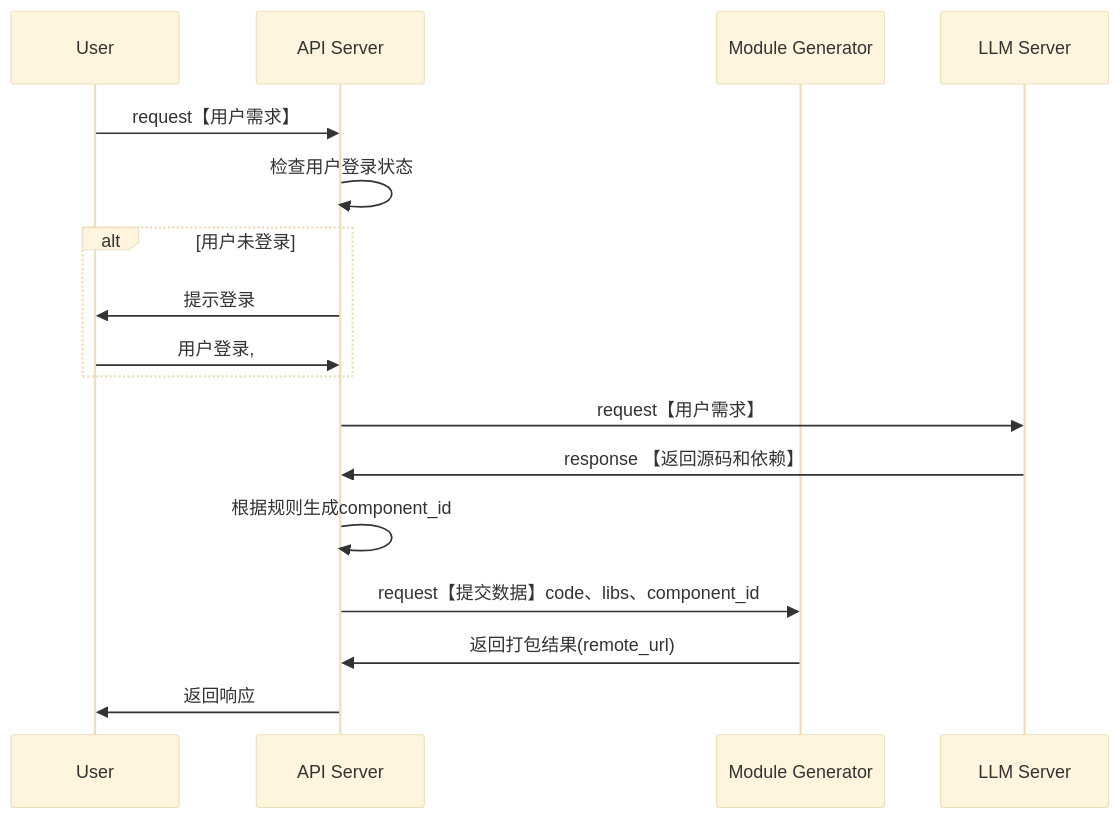
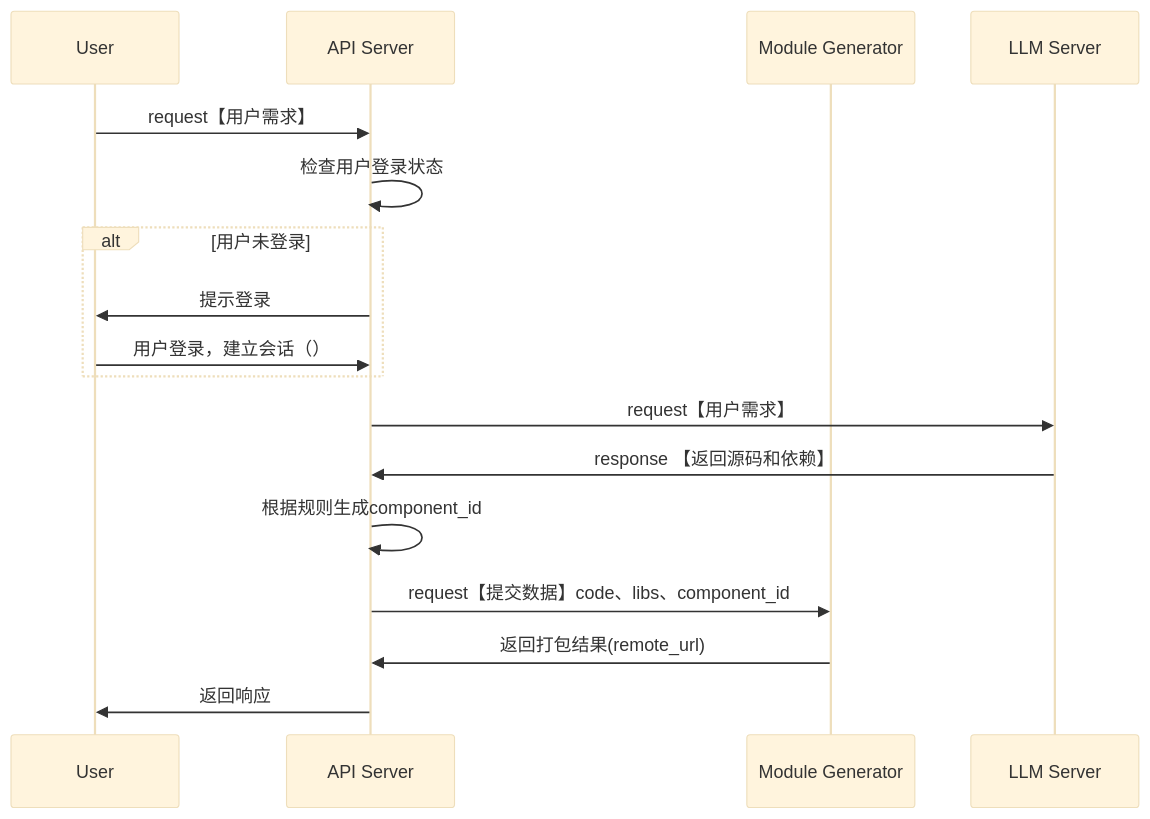
Before and after one commit to yingjianzh/iodraw-files: the diagram in all/未命名-7.md, drawn with Mermaid (base theme).

Commit message:
2024-10-08 15:44:00 update

````diff
--- a/all/未命名-7.md
+++ b/all/未命名-7.md
@@ -1,23 +1,23 @@
 ```mermaid
 sequenceDiagram
     participant User
     participant API Server
     participant Module Generator
     participant LLM Server
 
     User->>API Server: request【用户需求】
     API Server->>API Server: 检查用户登录状态
     alt 用户未登录
         API Server->>User: 提示登录
-        User->>API Server: 用户登录,
+        User->>API Server: 用户登录，建立会话（）
     end
 
     API Server->>LLM Server: request【用户需求】
     LLM Server->>API Server: response 【返回源码和依赖】
     API Server->>API Server: 根据规则生成component_id
     API Server->>Module Generator: request【提交数据】code、libs、component_id
     Module Generator->>API Server: 返回打包结果(remote_url)
 
     API Server->>User: 返回响应
 
 ```
````
